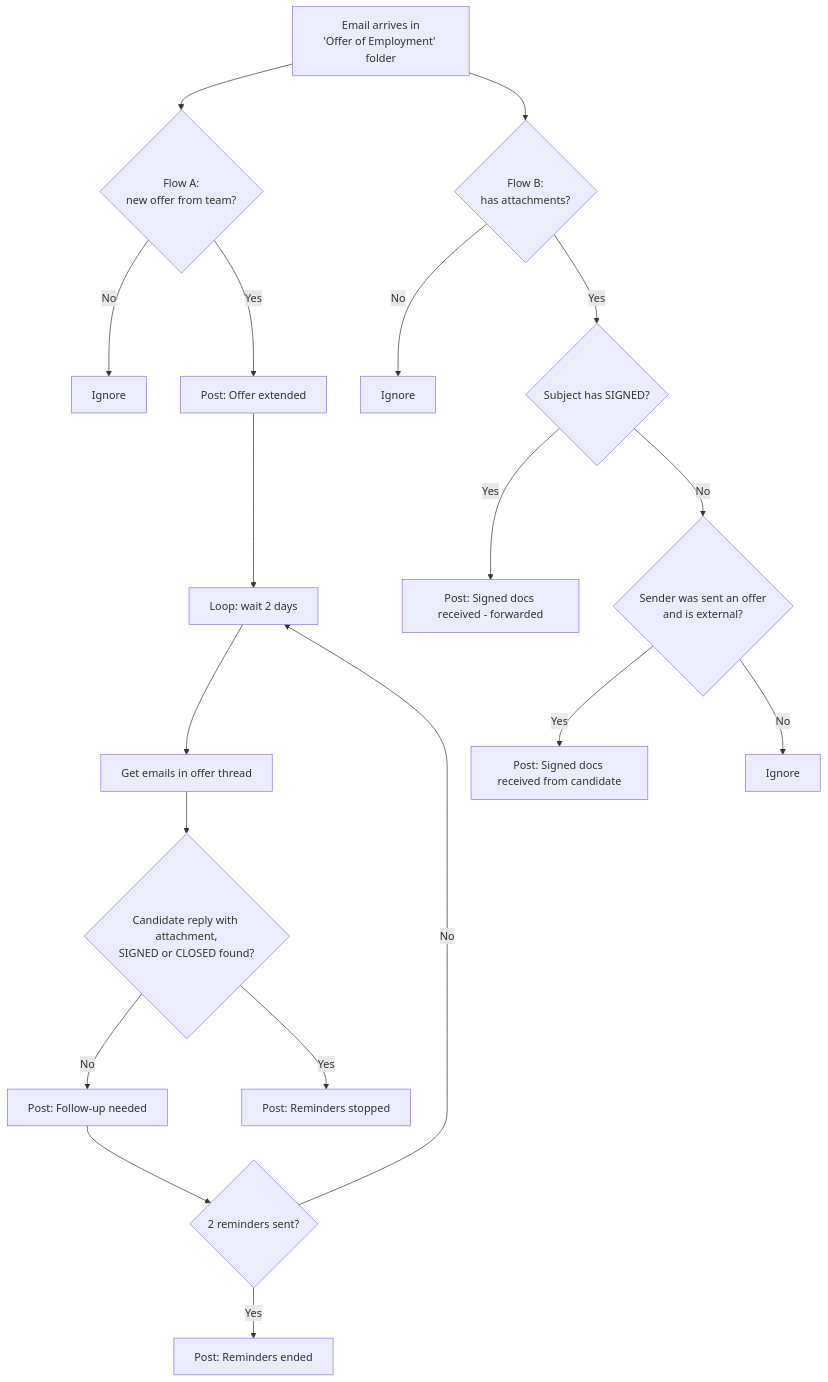
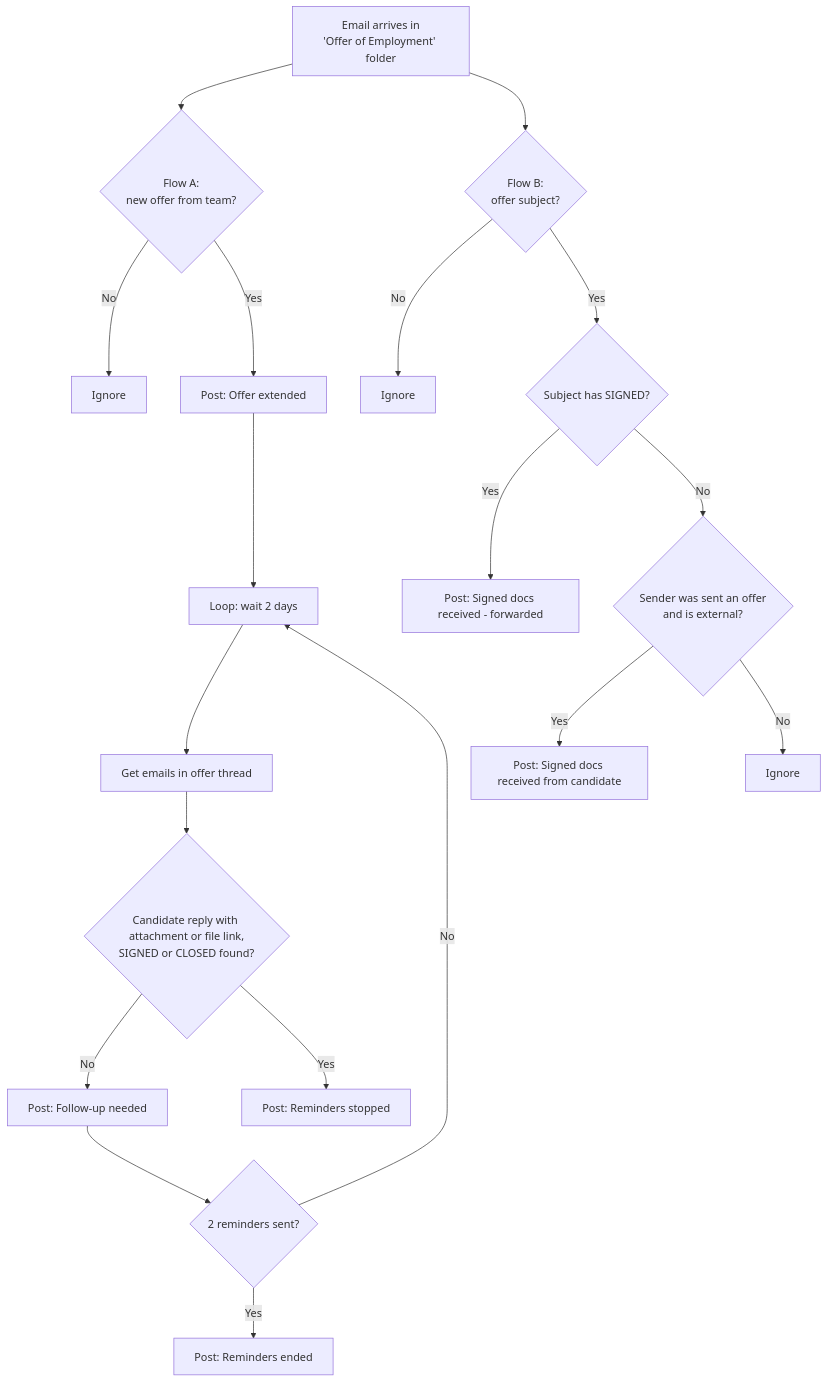
The diagram in README.md (dom-rivera/attachment-radar), drawn with Mermaid before and after one commit. The commit also changed other lines of this file and 4 other files, not shown here.

````diff
--- a/README.md
+++ b/README.md
@@ -45,22 +45,22 @@
 ```mermaid
 flowchart TD
     E[Email arrives in<br/>'Offer of Employment' folder] --> A{Flow A:<br/>new offer from team?}
-    E --> B{Flow B:<br/>has attachments?}
+    E --> B{Flow B:<br/>offer subject?}
 
     A -- No --> X1[Ignore]
     A -- Yes --> A1[Post: Offer extended]
     A1 --> L[Loop: wait 2 days]
     L --> C[Get emails in offer thread]
-    C --> D{Candidate reply with attachment,<br/>SIGNED or CLOSED found?}
+    C --> D{Candidate reply with attachment or file link,<br/>SIGNED or CLOSED found?}
     D -- No --> R[Post: Follow-up needed] --> M{2 reminders sent?}
     M -- No --> L
     M -- Yes --> END1[Post: Reminders ended]
     D -- Yes --> END2[Post: Reminders stopped]
 
     B -- No --> X2[Ignore]
     B -- Yes --> S{Subject has SIGNED?}
     S -- Yes --> P1[Post: Signed docs received - forwarded]
     S -- No --> F{Sender was sent an offer<br/>and is external?}
     F -- Yes --> P2[Post: Signed docs received from candidate]
     F -- No --> X3[Ignore]
 ```
````
